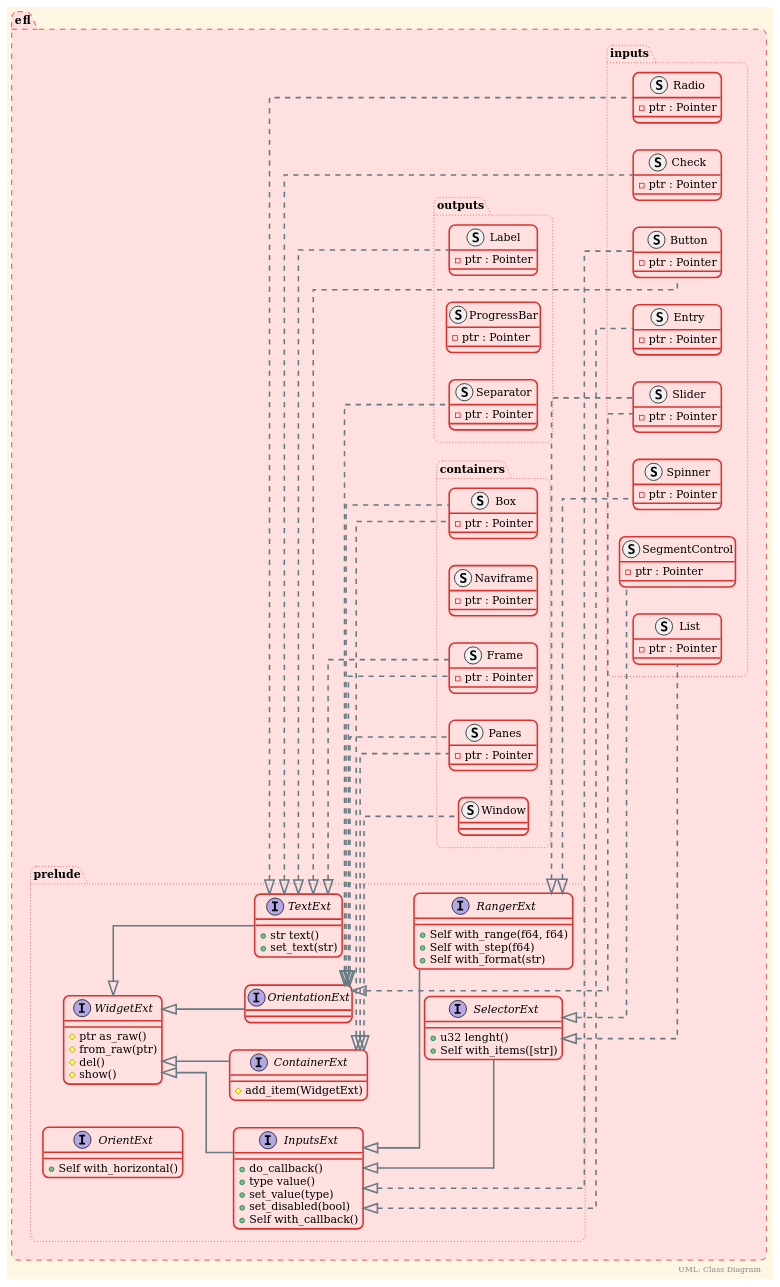
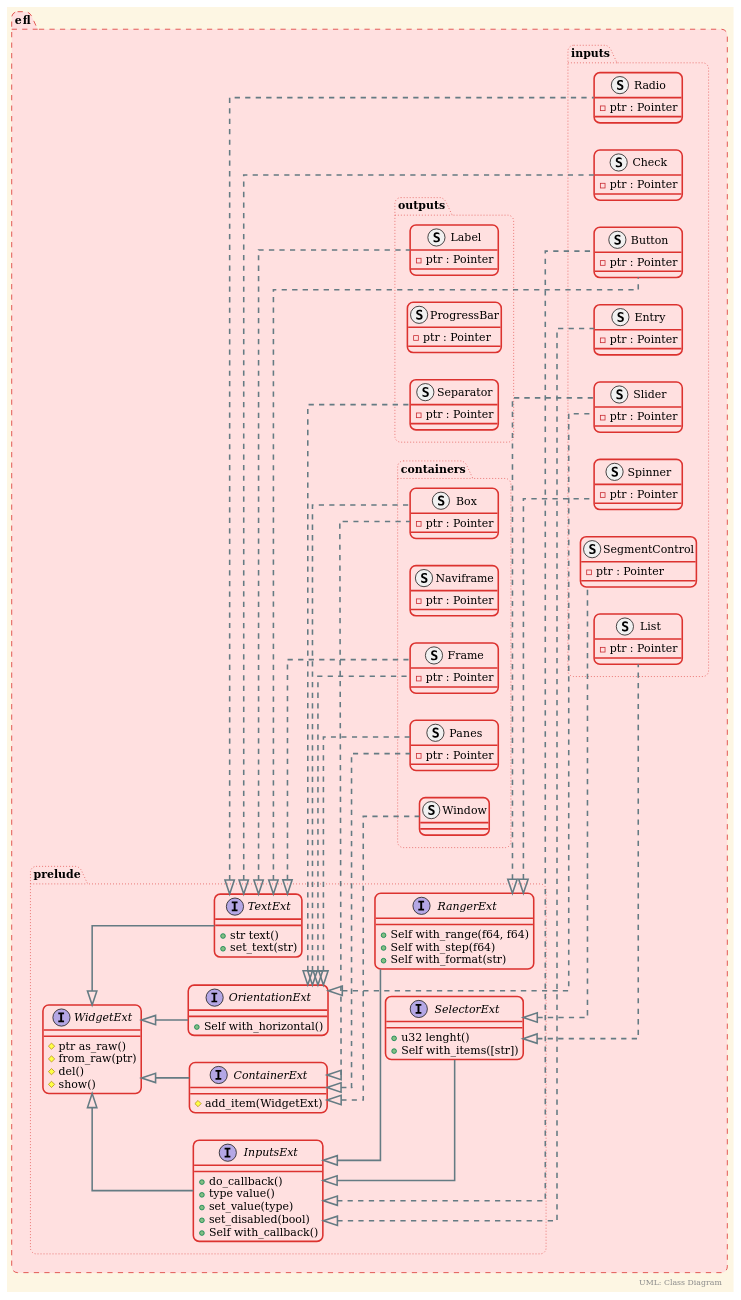
The diagram in README.md (theavege/efl-rs), drawn with PlantUML before and after one commit. The commit also changed 1 other file, not shown here.

```diff
--- a/README.md
+++ b/README.md
@@ -120,7 +120,7 @@
         interface ContainerExt {
             #add_item(WidgetExt)
         }
-        interface OrientExt {
+        interface OrientationExt {
             +Self with_horizontal()
         }
         interface InputsExt {
```
